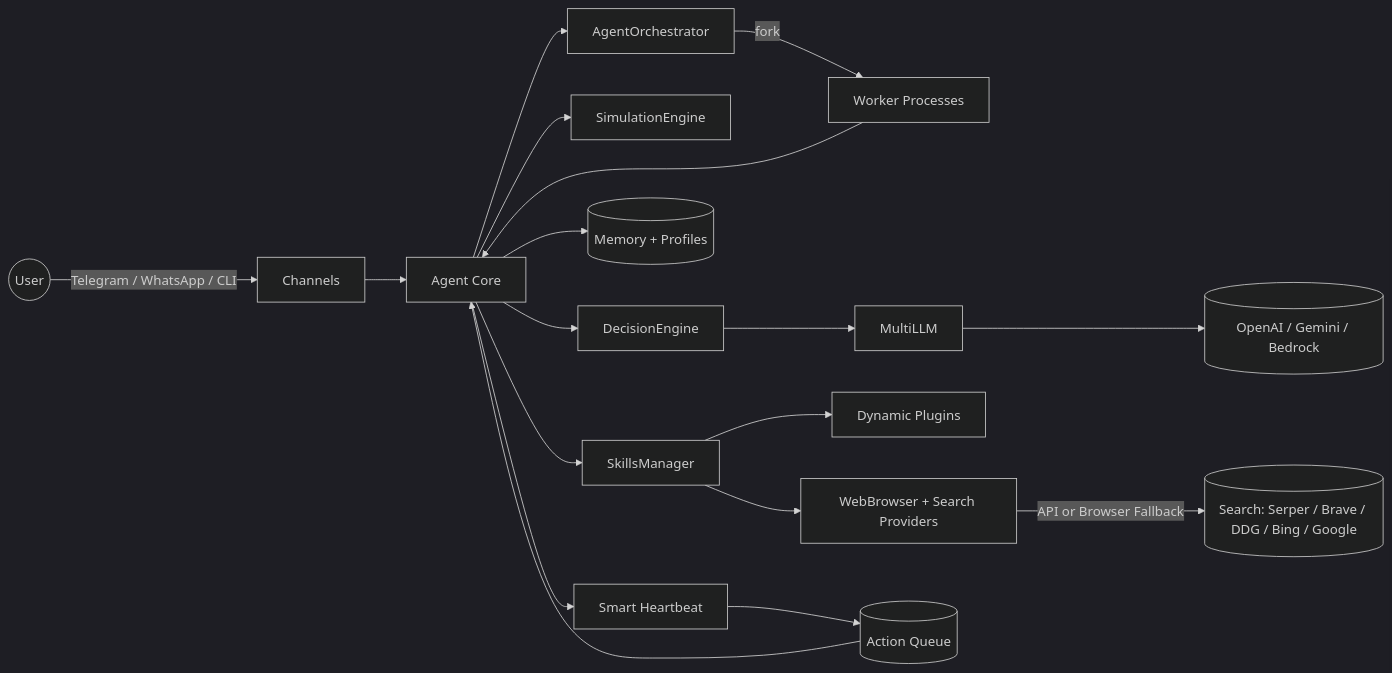
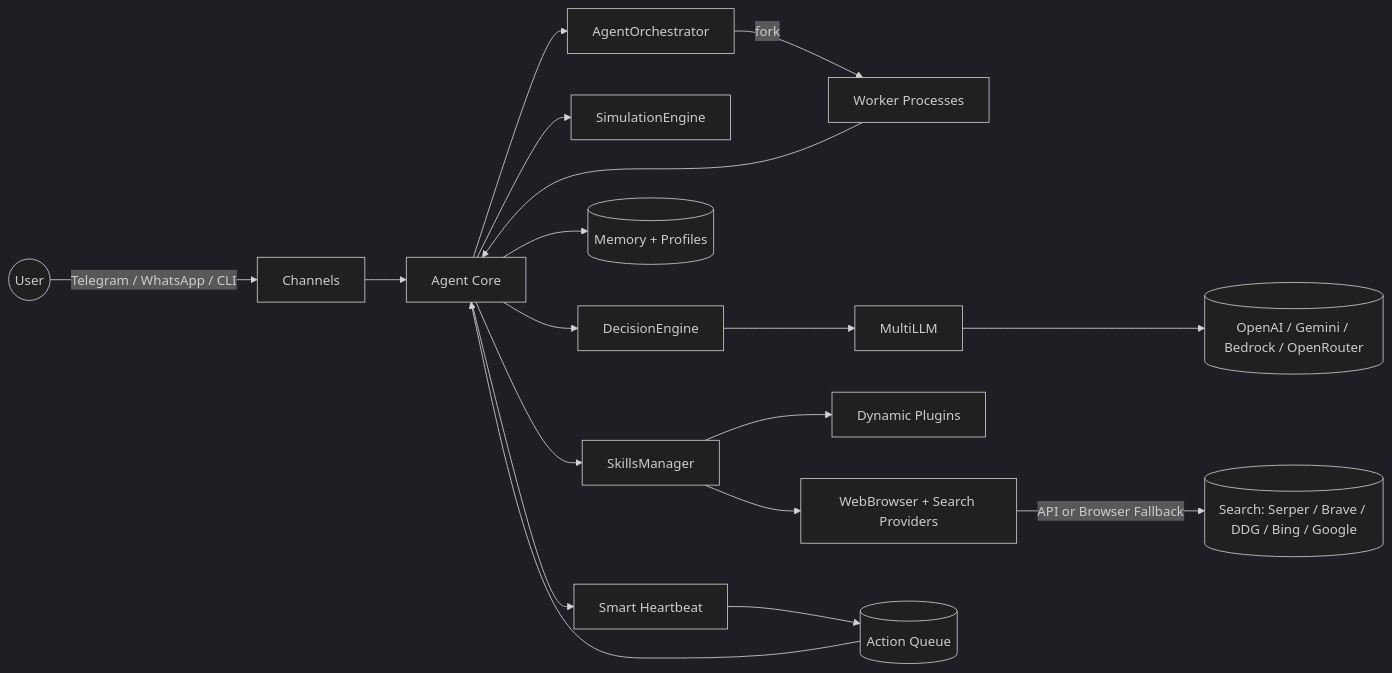
The diagram in README.md (fredabila/orcbot), drawn with Mermaid (dark theme) before and after one commit. The commit also changed other lines of this file and 13 other files, not shown here.

````diff
--- a/README.md
+++ b/README.md
@@ -50,20 +53,20 @@
 ```mermaid
 flowchart LR
 	User((User)) -->|Telegram / WhatsApp / CLI| Channels
 	Channels --> Agent[Agent Core]
 	Agent --> Decision[DecisionEngine]
 	Agent --> Simulation[SimulationEngine]
 	Agent --> Skills[SkillsManager]
 	Agent --> Memory[(Memory + Profiles)]
 	Agent --> Scheduler[Smart Heartbeat]
 	Agent --> Orchestrator[AgentOrchestrator]
 	Orchestrator -->|fork| Workers[Worker Processes]
 	Workers --> Agent
 	Skills --> Web[WebBrowser + Search Providers]
 	Skills --> Plugins[Dynamic Plugins]
 	Web -->|API or Browser Fallback| SearchAPIs[(Search: Serper / Brave / DDG / Bing / Google)]
 	Decision --> LLM[MultiLLM]
-	LLM --> Providers[(OpenAI / Gemini / Bedrock)]
+	LLM --> Providers[(OpenAI / Gemini / Bedrock / OpenRouter)]
 	Scheduler --> Queue[(Action Queue)]
 	Queue --> Agent
 ```
````
